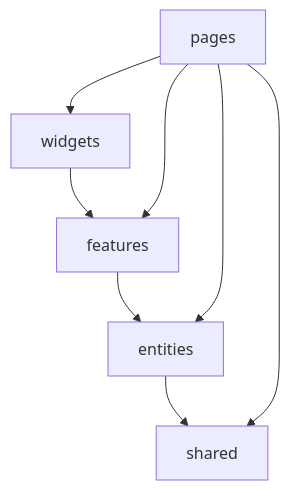
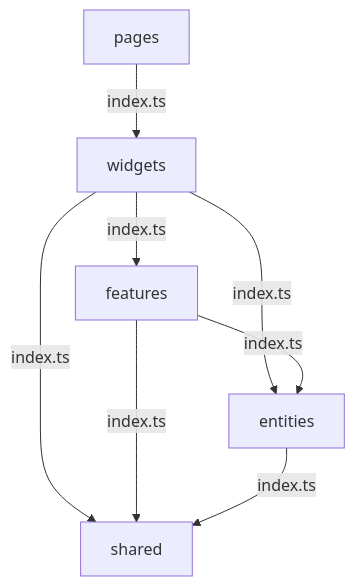
The diagram in docs/architecture/layered-to-fsd.md (kyungchan3007/-portfolio), drawn with Mermaid before and after one commit. The commit also changed other lines of this file and 1 other file, not shown here.

Commit message:
fix: FSD import 방향 수정, VSA 문서 간소화

````diff
--- a/docs/architecture/layered-to-fsd.md
+++ b/docs/architecture/layered-to-fsd.md
@@ -88,10 +88,10 @@
 ```mermaid
 graph TD
-    pages --> widgets
-    widgets --> features
-    features --> entities
-    entities --> shared
-    pages --> features
-    pages --> entities
-    pages --> shared
+    pages -->|index.ts| widgets
+    widgets -->|index.ts| features
+    widgets -->|index.ts| entities
+    widgets -->|index.ts| shared
+    features -->|index.ts| entities
+    features -->|index.ts| shared
+    entities -->|index.ts| shared
 ```
````
